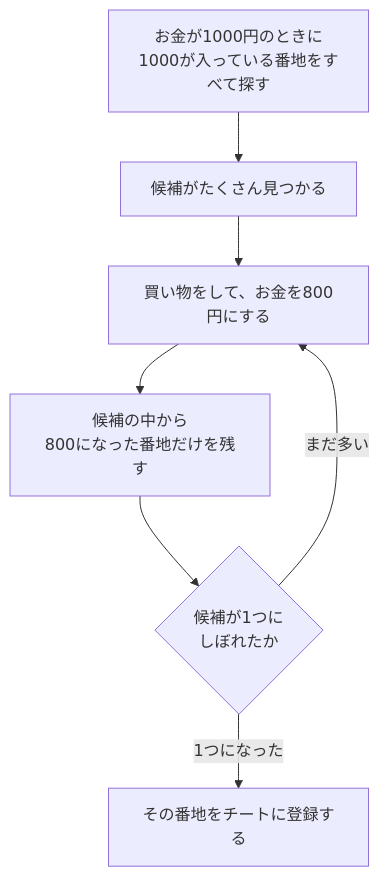
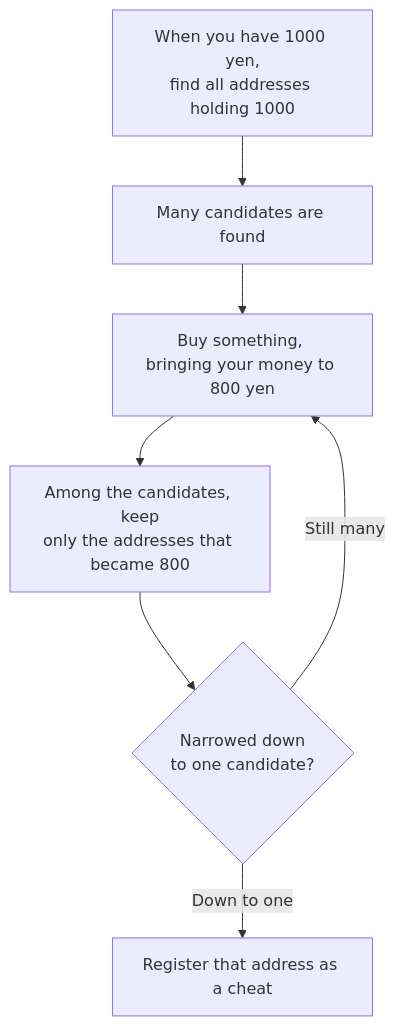
Before and after one commit to kiwamizamurai/gaming: the first of 3 diagrams in articles/21-cheats-and-passthrough.md, drawn with Mermaid. The commit also changed other lines of this file and 46 other files, not shown here.

````diff
--- a/articles/21-cheats-and-passthrough.md
+++ b/articles/21-cheats-and-passthrough.md
@@ -117,9 +104,9 @@
 ```mermaid
 flowchart TD
-    A[お金が1000円のときに<br>1000が入っている番地をすべて探す] --> B[候補がたくさん見つかる]
-    B --> C[買い物をして、お金を800円にする]
-    C --> D[候補の中から<br>800になった番地だけを残す]
-    D --> E{候補が1つに<br>しぼれたか}
-    E -->|まだ多い| C
-    E -->|1つになった| F[その番地をチートに登録する]
+    A[When you have 1000 yen,<br>find all addresses holding 1000] --> B[Many candidates are found]
+    B --> C[Buy something, bringing your money to 800 yen]
+    C --> D[Among the candidates, keep<br>only the addresses that became 800]
+    D --> E{Narrowed down<br>to one candidate?}
+    E -->|Still many| C
+    E -->|Down to one| F[Register that address as a cheat]
 ```
````
